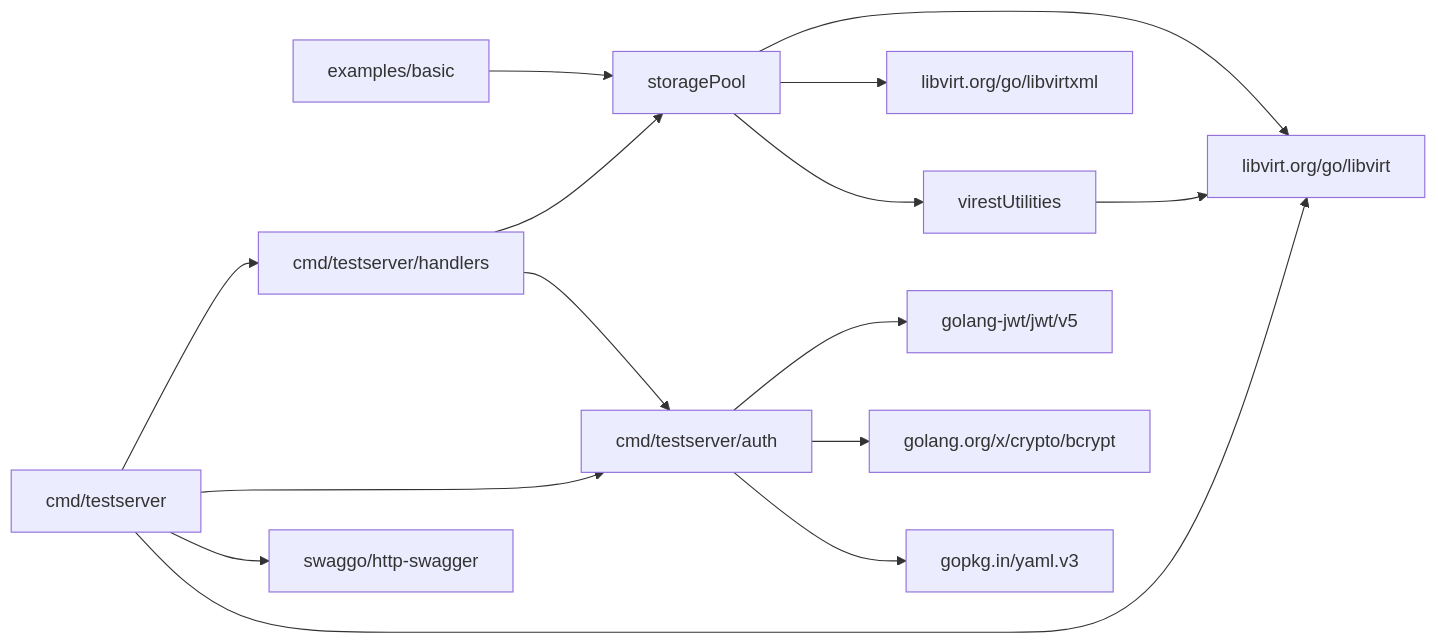
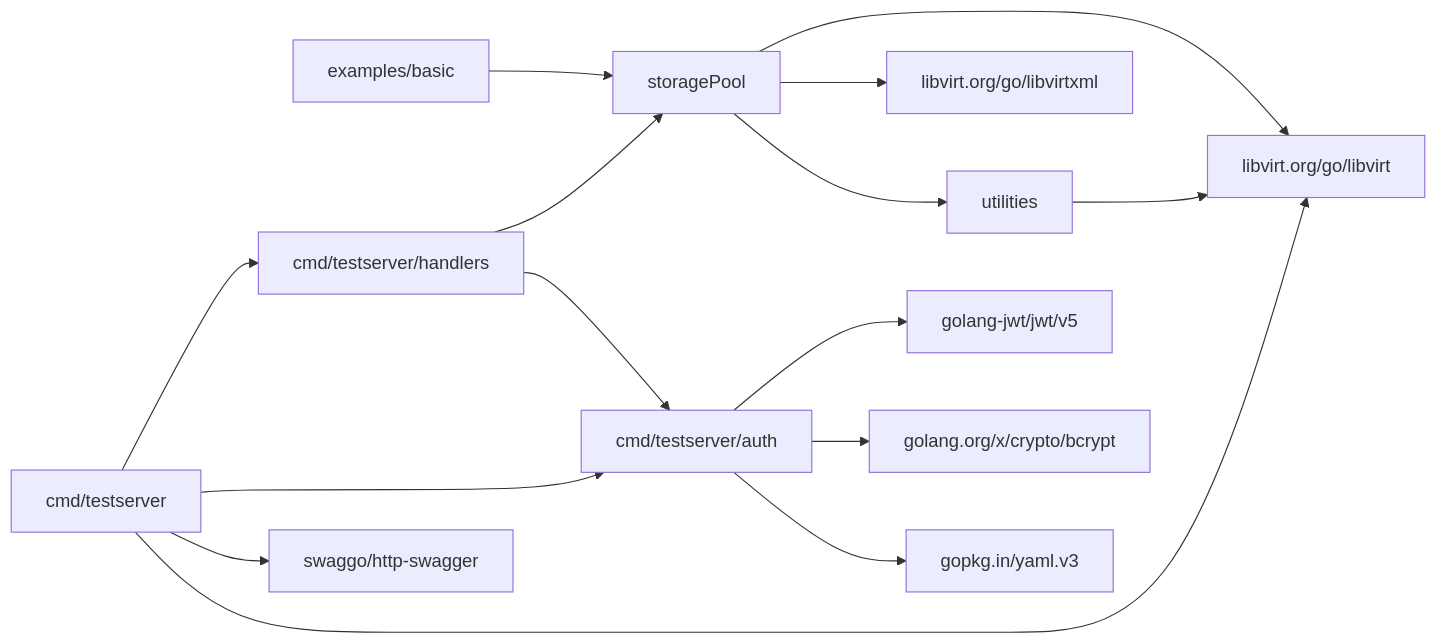
Before and after one commit to Hari-Kiri/virest-storage-pool: the diagram in docs/ai-doc/DEPENDENCY_GRAPH.md, drawn with Mermaid. The commit also changed other lines of this file and 24 other files, not shown here.

First line of the commit message:
refactor: rename virestUtilities package to utilities

````diff
--- a/docs/ai-doc/DEPENDENCY_GRAPH.md
+++ b/docs/ai-doc/DEPENDENCY_GRAPH.md
@@ -5,17 +5,17 @@
 ```mermaid
 flowchart LR
   examples[examples/basic] --> storagePool
   handlers[cmd/testserver/handlers] --> storagePool
   handlers --> auth[cmd/testserver/auth]
   main[cmd/testserver] --> handlers
   main --> auth
   storagePool --> libvirt[libvirt.org/go/libvirt]
   storagePool --> libvirtxml[libvirt.org/go/libvirtxml]
-  storagePool --> vutil[virestUtilities]
+  storagePool --> vutil[utilities]
   vutil --> libvirt
   auth --> jwt[golang-jwt/jwt/v5]
   auth --> bcrypt[golang.org/x/crypto/bcrypt]
   auth --> yaml[gopkg.in/yaml.v3]
   main --> swag[swaggo/http-swagger]
   main --> libvirt
 ```
````
